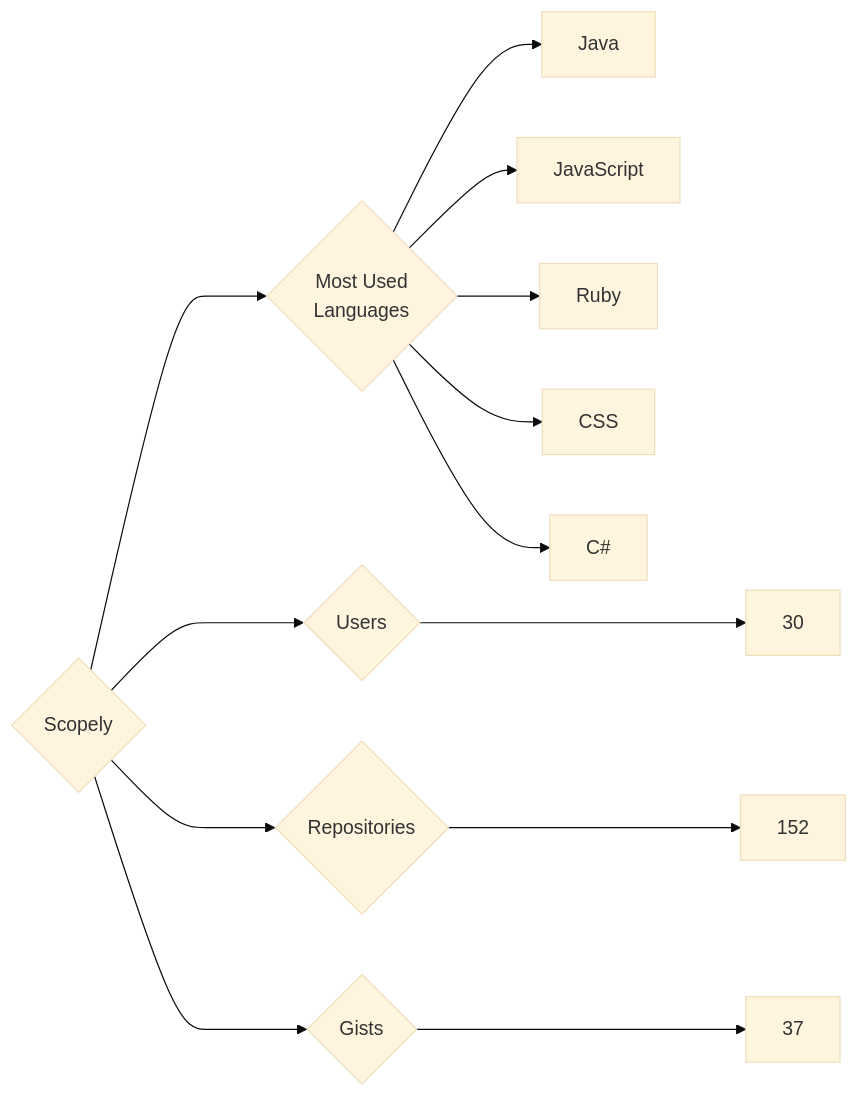
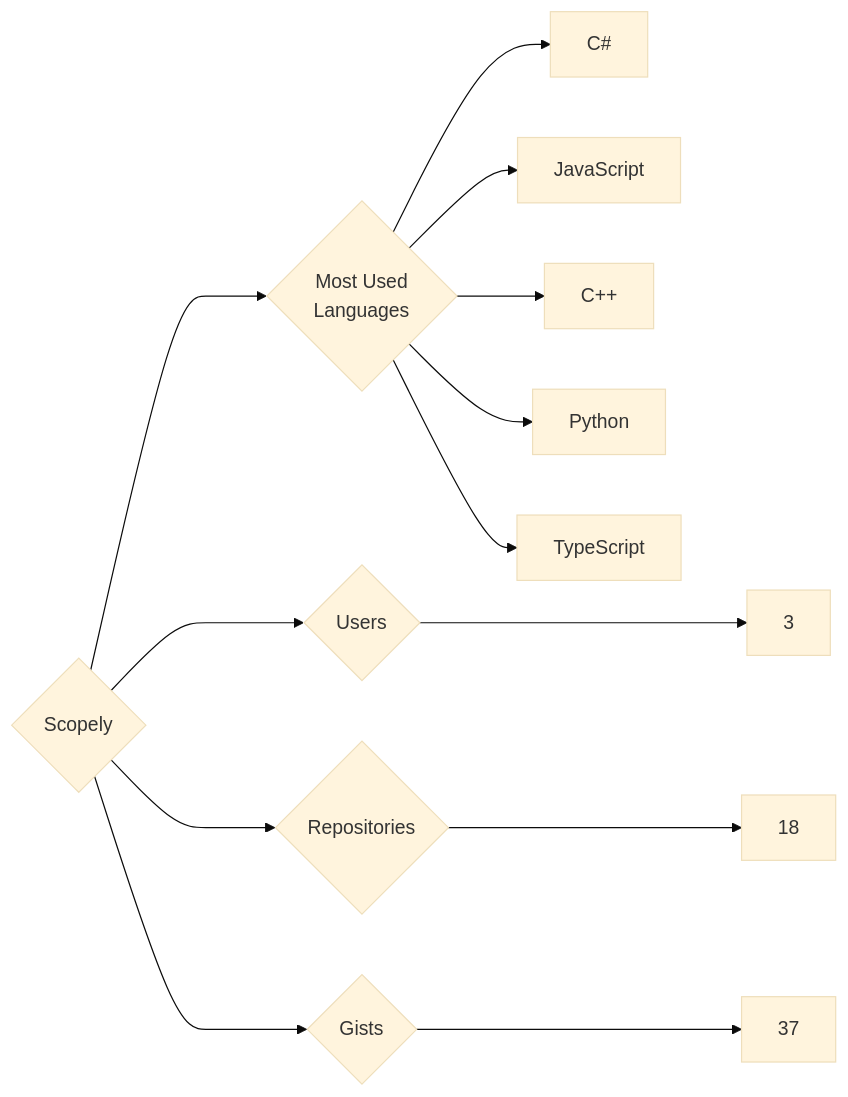
The diagram in targets/Scopely/README.md (trickest/insiders), drawn with Mermaid (base theme) before and after one commit. The commit also changed 681 other files, not shown here.

````diff
--- a/targets/Scopely/README.md
+++ b/targets/Scopely/README.md
@@ -3,13 +3,13 @@
 ```mermaid
 graph LR
 COMPANY_NAME{Scopely}
-COMPANY_NAME ---> U{Users} ---> UN[30]
-COMPANY_NAME ---> R{Repositories} ---> RN[152]
+COMPANY_NAME ---> U{Users} ---> UN[3]
+COMPANY_NAME ---> R{Repositories} ---> RN[18]
 COMPANY_NAME ---> G{Gists} ---> GN[37]
 COMPANY_NAME ---> ML{Most Used<br>Languages}
-ML --> Java[Java]
+ML --> C#[C#]
 ML --> JavaScript[JavaScript]
-ML --> Ruby[Ruby]
-ML --> CSS[CSS]
-ML --> C#[C#]
+ML --> C++[C++]
+ML --> Python[Python]
+ML --> TypeScript[TypeScript]
 ```
````
